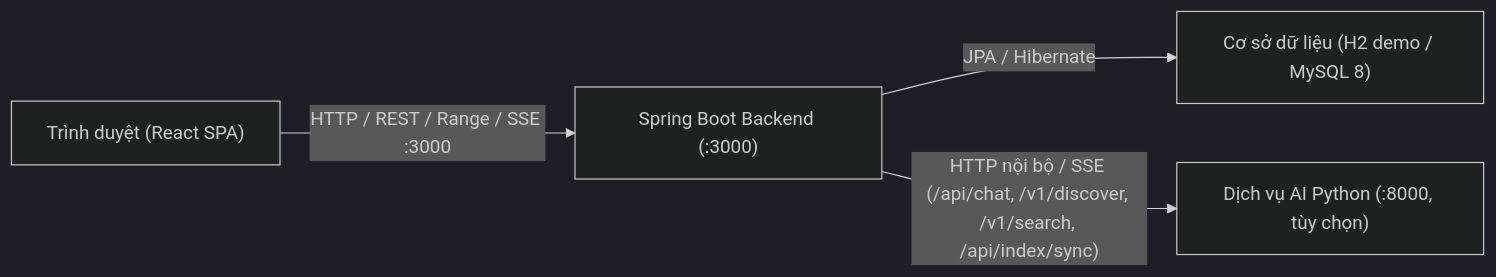
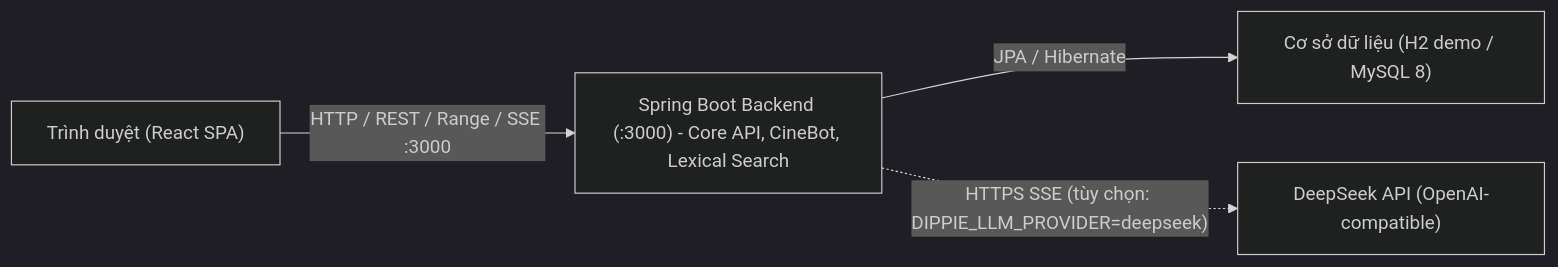
The diagram in backend/springboot/README.md (Feanor1206/dippie-java), drawn with Mermaid (dark theme) before and after one commit. The commit also changed other lines of this file and 326 other files, not shown here.

First line of the commit message:
Java-only edition: CineBot and search in Java, series browsing, cleanup

````diff
--- a/backend/springboot/README.md
+++ b/backend/springboot/README.md
@@ -17,6 +17,6 @@
 ```mermaid
 flowchart LR
-    Browser["Trình duyệt (React SPA)"] -->|"HTTP / REST / Range / SSE :3000"| SpringBoot["Spring Boot Backend (:3000)"]
+    Browser["Trình duyệt (React SPA)"] -->|"HTTP / REST / Range / SSE :3000"| SpringBoot["Spring Boot Backend (:3000) - Core API, CineBot, Lexical Search"]
     SpringBoot -->|"JPA / Hibernate"| DB["Cơ sở dữ liệu (H2 demo / MySQL 8)"]
-    SpringBoot -->|"HTTP nội bộ / SSE (/api/chat, /v1/discover, /v1/search, /api/index/sync)"| PythonAI["Dịch vụ AI Python (:8000, tùy chọn)"]
+    SpringBoot -.->|"HTTPS SSE (tùy chọn: DIPPIE_LLM_PROVIDER=deepseek)"| DeepSeek["DeepSeek API (OpenAI-compatible)"]
 ```
````
